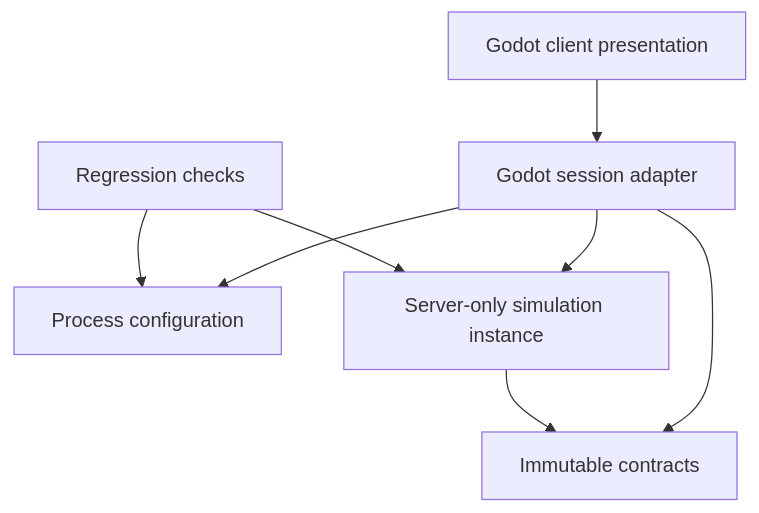
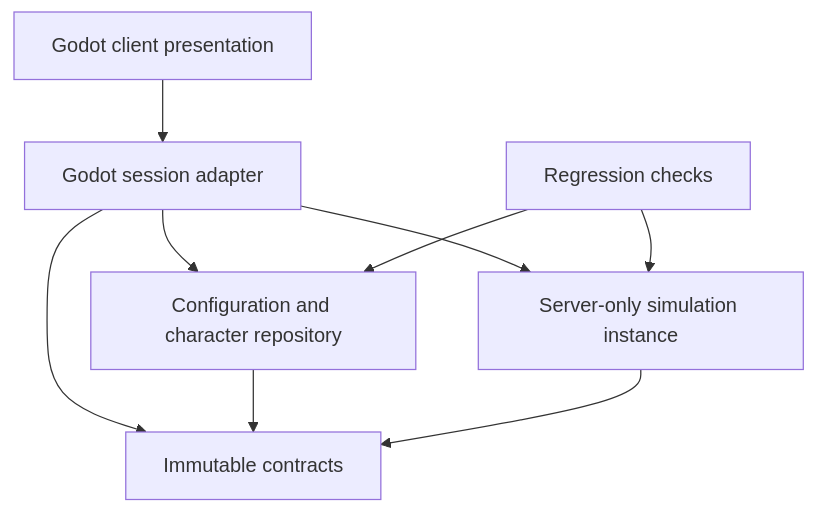
One commit to YaroslavHimko/Arvenok changed the diagram in docs/architecture/README.md. Above: the diagram before and after it, drawn with Mermaid. The commit also changed other lines of this file and 735 other files, not shown here.

````diff
--- a/docs/architecture/README.md
+++ b/docs/architecture/README.md
@@ -5,10 +5,11 @@
 ```mermaid
 flowchart TD
   View[Godot client presentation] --> Session[Godot session adapter]
   Session --> Contracts[Immutable contracts]
-  Session --> Hosting[Process configuration]
+  Session --> Hosting[Configuration and character repository]
+  Hosting --> Contracts
   Session --> Simulation[Server-only simulation instance]
   Simulation --> Contracts
   Tests[Regression checks] --> Simulation
   Tests --> Hosting
 ```
````
